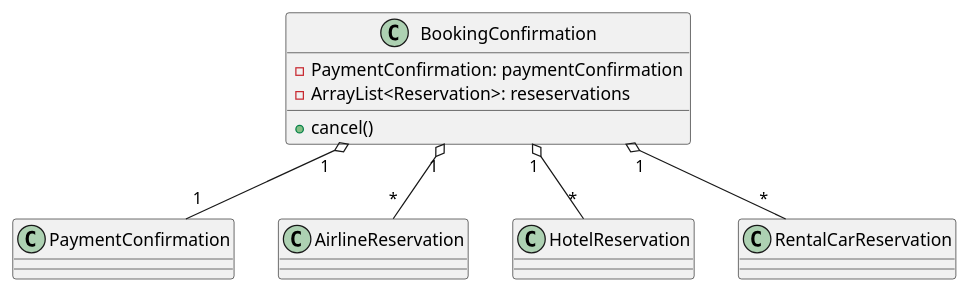
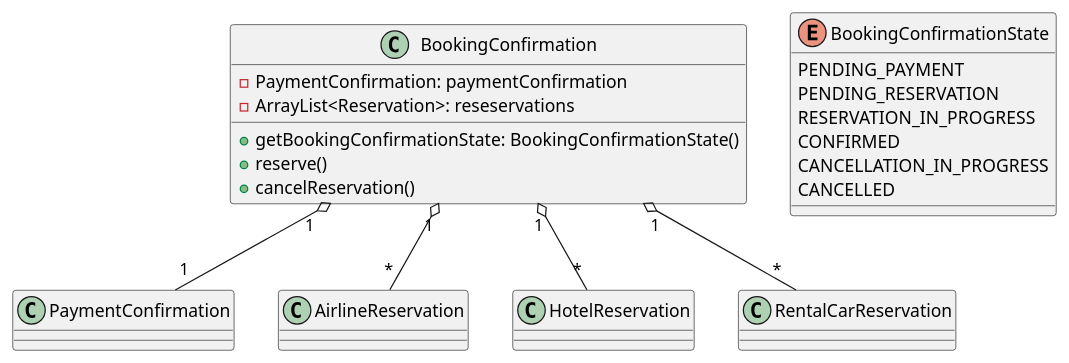
The diagram in uml/booking.puml (acloudfan/MSFA-ACME-Sales-vdraft), drawn with PlantUML before and after one commit. The commit also changed 3 other files, not shown here.

```diff
--- a/uml/booking.puml
+++ b/uml/booking.puml
@@ -1,16 +1,27 @@
 @startuml
 
 class BookingConfirmation {
     - PaymentConfirmation: paymentConfirmation
     - ArrayList<Reservation>: reseservations
-    + cancel()
+
+    + getBookingConfirmationState: BookingConfirmationState()
+    + reserve()
+    + cancelReservation()
 
 }
 
+enum BookingConfirmationState {
+            PENDING_PAYMENT
+            PENDING_RESERVATION
+            RESERVATION_IN_PROGRESS
+            CONFIRMED
+            CANCELLATION_IN_PROGRESS
+            CANCELLED
+        }
 
 BookingConfirmation "1" o-- "1" PaymentConfirmation
 BookingConfirmation "1" o-- "*" AirlineReservation
 BookingConfirmation "1" o-- "*" HotelReservation
 BookingConfirmation "1" o-- "*" RentalCarReservation
 
 @enduml
```
